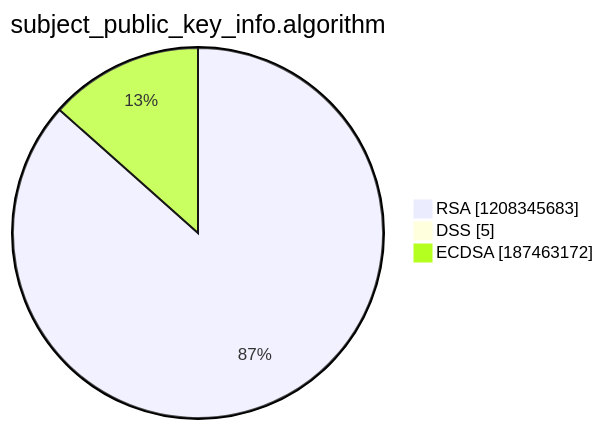
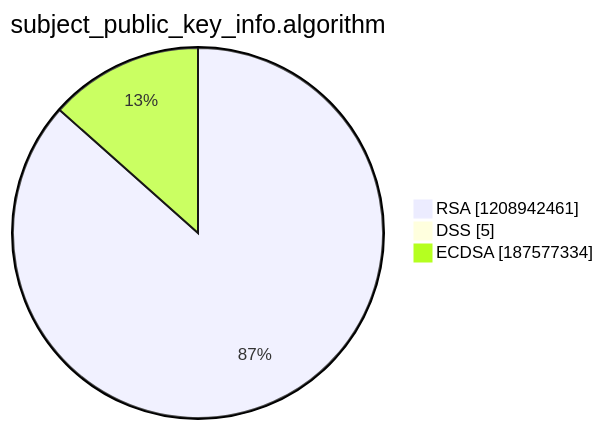
Before and after one commit to christiankrug/ctmonitor_visualization: the third of 15 diagrams in argon2022/README.md, drawn with Mermaid. The commit also changed other lines of this file, not shown here.

````diff
--- a/argon2022/README.md
+++ b/argon2022/README.md
@@ -14,7 +14,7 @@
 ```mermaid
 pie showData
 title subject_public_key_info.algorithm
-"RSA" :1208345683
+"RSA" :1208942461
 "DSS" :5
-"ECDSA" :187463172
+"ECDSA" :187577334
 ```
````
